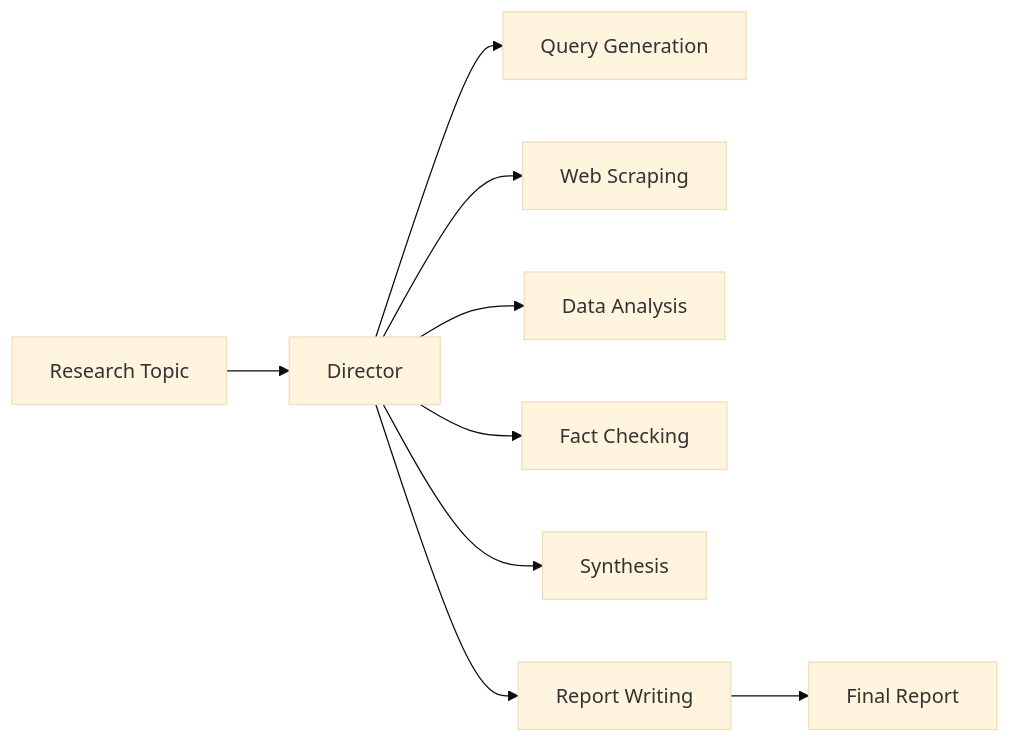
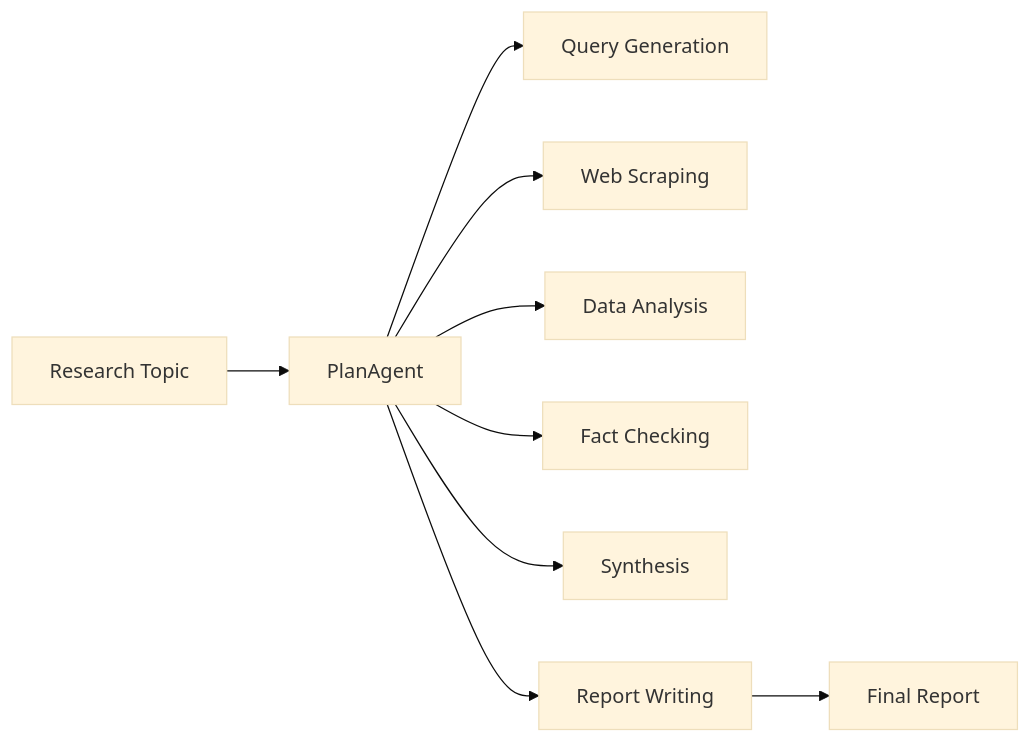
The diagram in memory-bank/productContext.md (ssdeanx/Mastervolt-Deep-Research), drawn with Mermaid (base theme) before and after one commit. The commit also changed other lines of this file and 13 other files, not shown here.

````diff
--- a/memory-bank/productContext.md
+++ b/memory-bank/productContext.md
@@ -59,11 +72,11 @@
 ```mermaid
 flowchart LR
-    Topic[Research Topic] --> Director
-    Director --> Query[Query Generation]
-    Director --> Scrape[Web Scraping]
-    Director --> Analyze[Data Analysis]
-    Director --> Verify[Fact Checking]
-    Director --> Synthesize[Synthesis]
-    Director --> Write[Report Writing]
+    Topic[Research Topic] --> PlanAgent
+    PlanAgent --> Query[Query Generation]
+    PlanAgent --> Scrape[Web Scraping]
+    PlanAgent --> Analyze[Data Analysis]
+    PlanAgent --> Verify[Fact Checking]
+    PlanAgent --> Synthesize[Synthesis]
+    PlanAgent --> Write[Report Writing]
     Write --> Report[Final Report]
 ```
````
